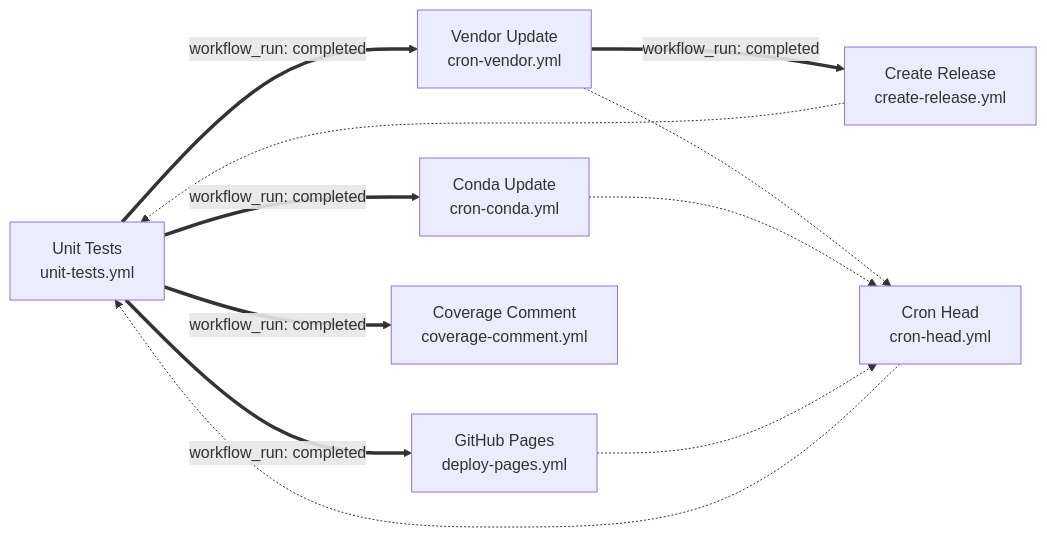
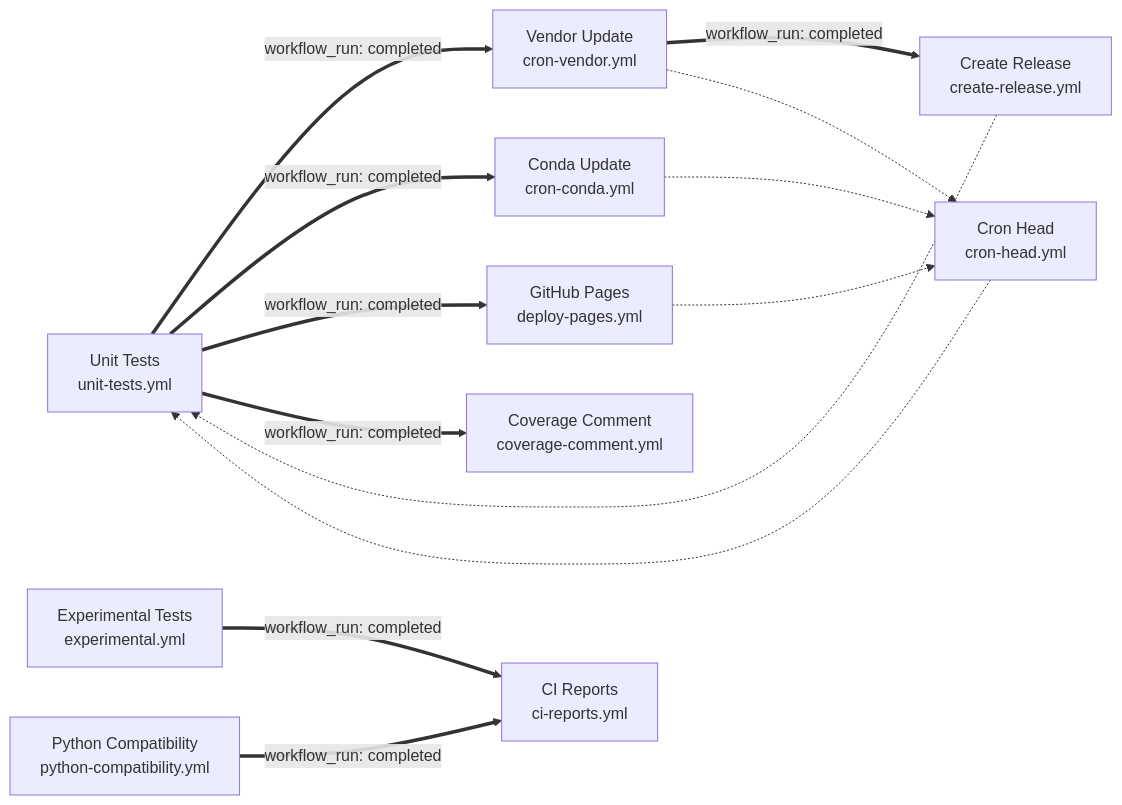
The second of 3 diagrams in docs/source/contributing/workflows.rst (JarryShaw/PyPCAPKit), drawn with Mermaid before and after one commit. The commit also changed other lines of this file and 17 other files, not shown here.

First line of the commit message:
ci: report Experimental Tests and Python Compatibility to Discussions, with step summaries (#2030)

```diff
--- a/docs/source/contributing/workflows.rst
+++ b/docs/source/contributing/workflows.rst
@@ -213,22 +220,27 @@
 .. mermaid::
 
    flowchart LR
        UT["Unit Tests<br/>unit-tests.yml"]
        VU["Vendor Update<br/>cron-vendor.yml"]
        CU["Conda Update<br/>cron-conda.yml"]
        GP["GitHub Pages<br/>deploy-pages.yml"]
        CH["Cron Head<br/>cron-head.yml"]
        CC["Coverage Comment<br/>coverage-comment.yml"]
        CR["Create Release<br/>create-release.yml"]
+       EX["Experimental Tests<br/>experimental.yml"]
+       PC["Python Compatibility<br/>python-compatibility.yml"]
+       RP["CI Reports<br/>ci-reports.yml"]
 
        UT ==>|workflow_run: completed| VU
        UT ==>|workflow_run: completed| CU
        UT ==>|workflow_run: completed| GP
        VU ==>|workflow_run: completed| CR
        UT ==>|workflow_run: completed| CC
+       EX ==>|workflow_run: completed| RP
+       PC ==>|workflow_run: completed| RP
 
        VU -.-> CH
        CU -.-> CH
        GP -.-> CH
        CH -.-> UT
        CR -.-> UT
```
